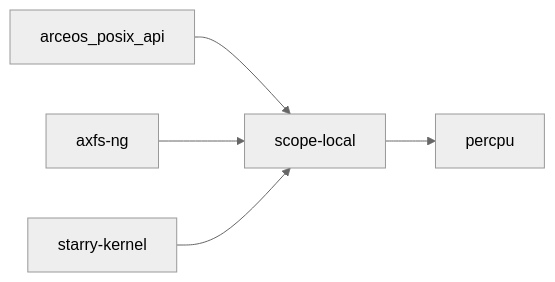
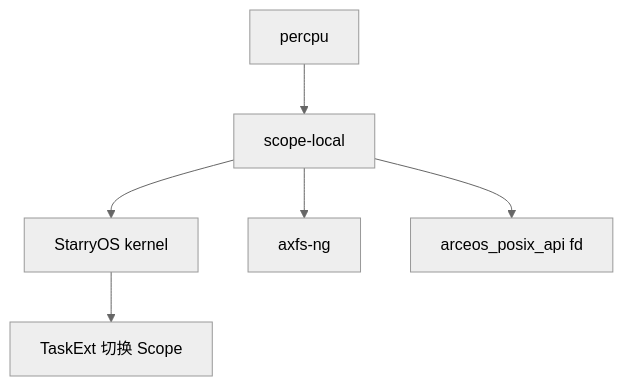
One commit to rcore-os/tgoskits changed the diagram in docs/crates/scope-local.md. Above: the diagram before and after it, drawn with Mermaid (neutral theme). The commit also changed other lines of this file and 6 other files, not shown here.

````diff
--- a/docs/crates/scope-local.md
+++ b/docs/crates/scope-local.md
@@ -34,8 +131,9 @@
 ```mermaid
-graph LR
-    current["scope-local"]
-    current --> percpu["percpu"]
-    arceos_posix_api["arceos_posix_api"] --> current
-    axfs_ng["axfs-ng"] --> current
-    starry_kernel["starry-kernel"] --> current
+graph TD
+    A[scope-local]
+    B[percpu] --> A
+    A --> C[StarryOS kernel]
+    A --> D[axfs-ng]
+    A --> E[arceos_posix_api fd]
+    C --> F[TaskExt 切换 Scope]
 ```
````
